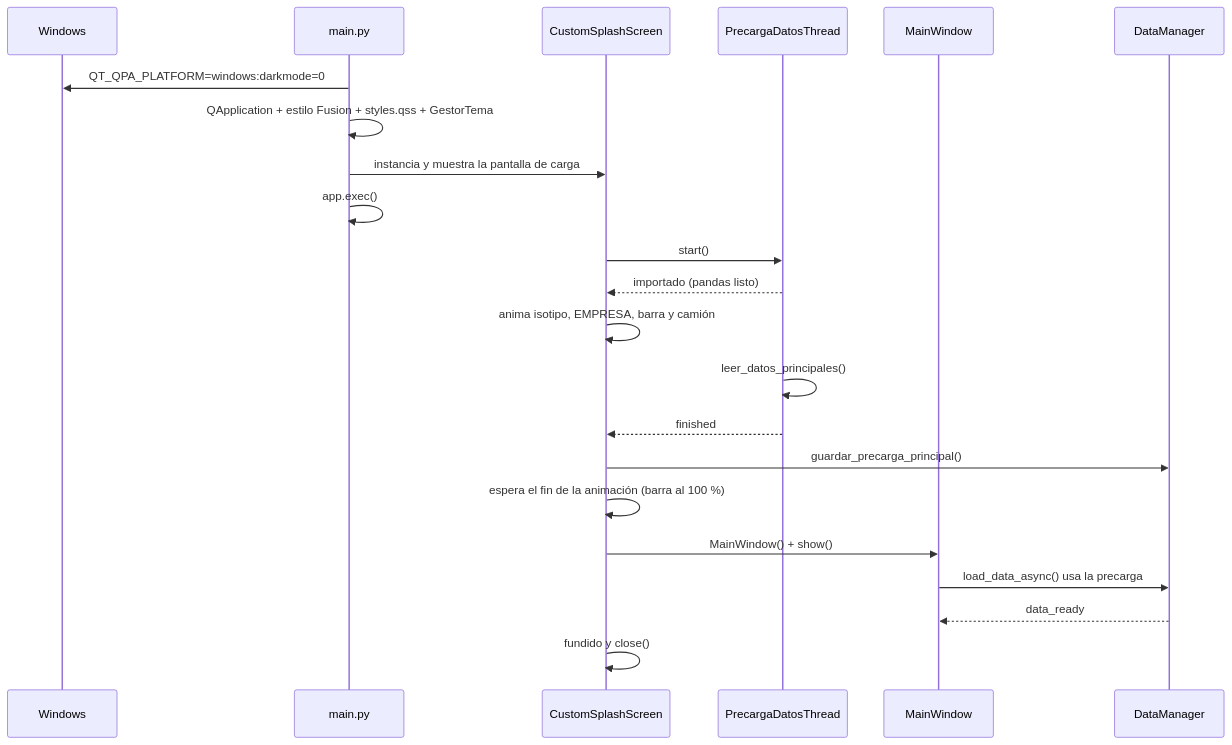
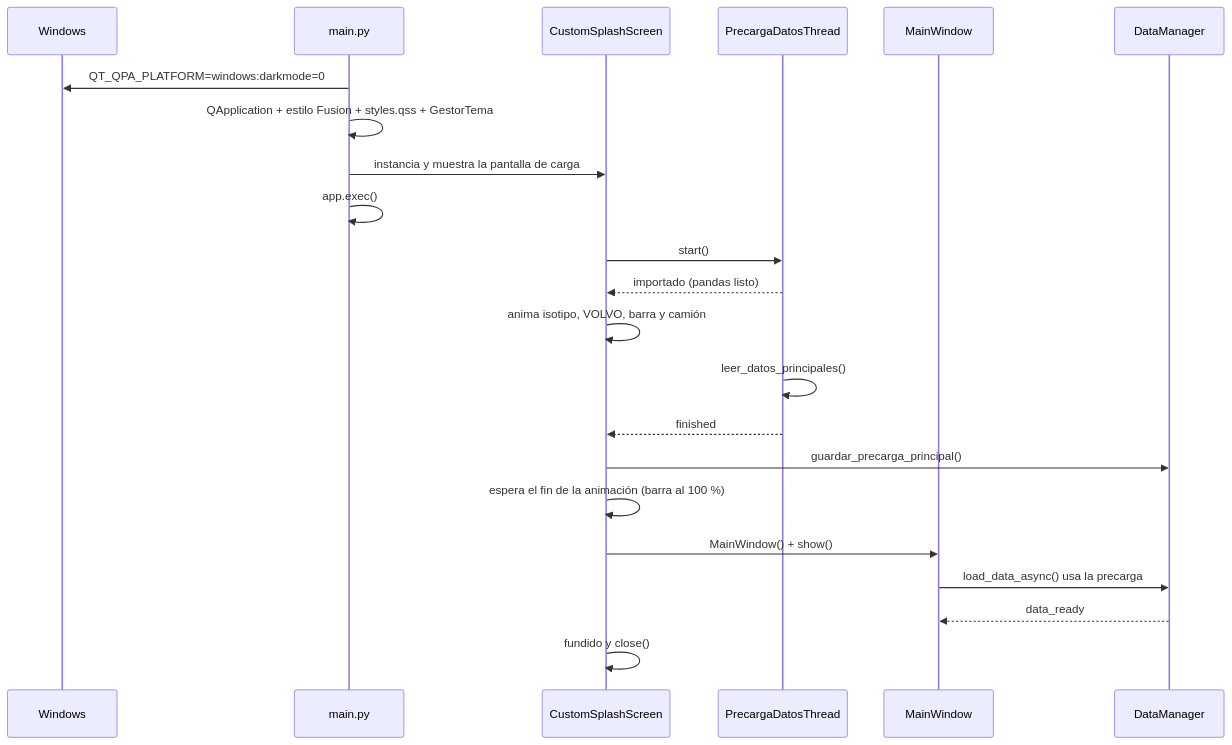
One commit to felipeMon20/PTY4614-302-EQUIPO-2 changed diagram 30 of 31 in Fase 2/Evidencias Proyecto/Evidencias de documentación/docs/08. Arquitectura Visual y Diagramas.md. Above: the diagram before and after it, drawn with Mermaid. The commit also changed other lines of this file and 229 other files, not shown here.

````diff
--- a/Fase 2/Evidencias Proyecto/Evidencias de documentación/docs/08. Arquitectura Visual y Diagramas.md
+++ b/Fase 2/Evidencias Proyecto/Evidencias de documentación/docs/08. Arquitectura Visual y Diagramas.md
@@ -1099,24 +1099,24 @@
 ```mermaid
 sequenceDiagram
     participant OS as Windows
     participant M as main.py
     participant S as CustomSplashScreen
     participant P as PrecargaDatosThread
     participant MW as MainWindow
     participant DM as DataManager
     M->>OS: QT_QPA_PLATFORM=windows:darkmode=0
     M->>M: QApplication + estilo Fusion + styles.qss + GestorTema
     M->>S: instancia y muestra la pantalla de carga
     M->>M: app.exec()
     S->>P: start()
     P-->>S: importado (pandas listo)
-    S->>S: anima isotipo, EMPRESA, barra y camión
+    S->>S: anima isotipo, VOLVO, barra y camión
     P->>P: leer_datos_principales()
     P-->>S: finished
     S->>DM: guardar_precarga_principal()
     S->>S: espera el fin de la animación (barra al 100 %)
     S->>MW: MainWindow() + show()
     MW->>DM: load_data_async() usa la precarga
     DM-->>MW: data_ready
     S->>S: fundido y close()
 ```
````
